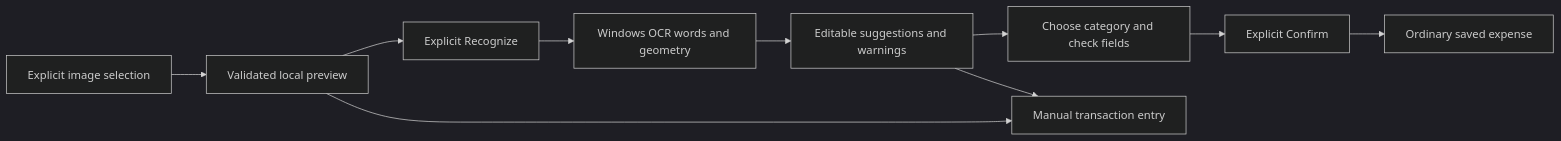
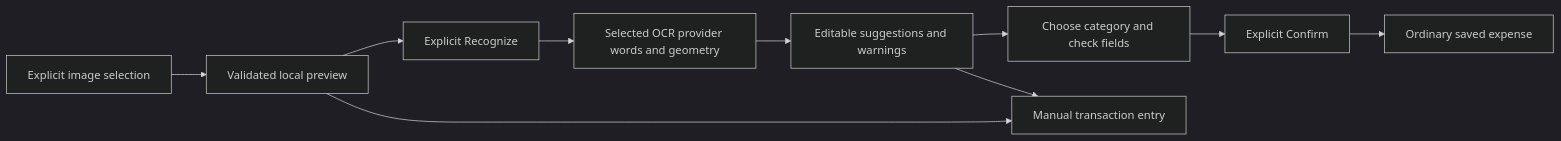
The diagram in docs/RECEIPT_CAPTURE.md (lejie710/my-money-management-fyp), drawn with Mermaid (dark theme) before and after one commit. The commit also changed other lines of this file and 153 other files, not shown here.

````diff
--- a/docs/RECEIPT_CAPTURE.md
+++ b/docs/RECEIPT_CAPTURE.md
@@ -17,12 +17,12 @@
 ```mermaid
 flowchart LR
     A[Explicit image selection] --> B[Validated local preview]
     B --> C[Explicit Recognize]
-    C --> D[Windows OCR words and geometry]
+    C --> D[Selected OCR provider words and geometry]
     D --> E[Editable suggestions and warnings]
     E --> F[Choose category and check fields]
     F --> G[Explicit Confirm]
     G --> H[Ordinary saved expense]
     B --> M[Manual transaction entry]
     E --> M
 ```
````
